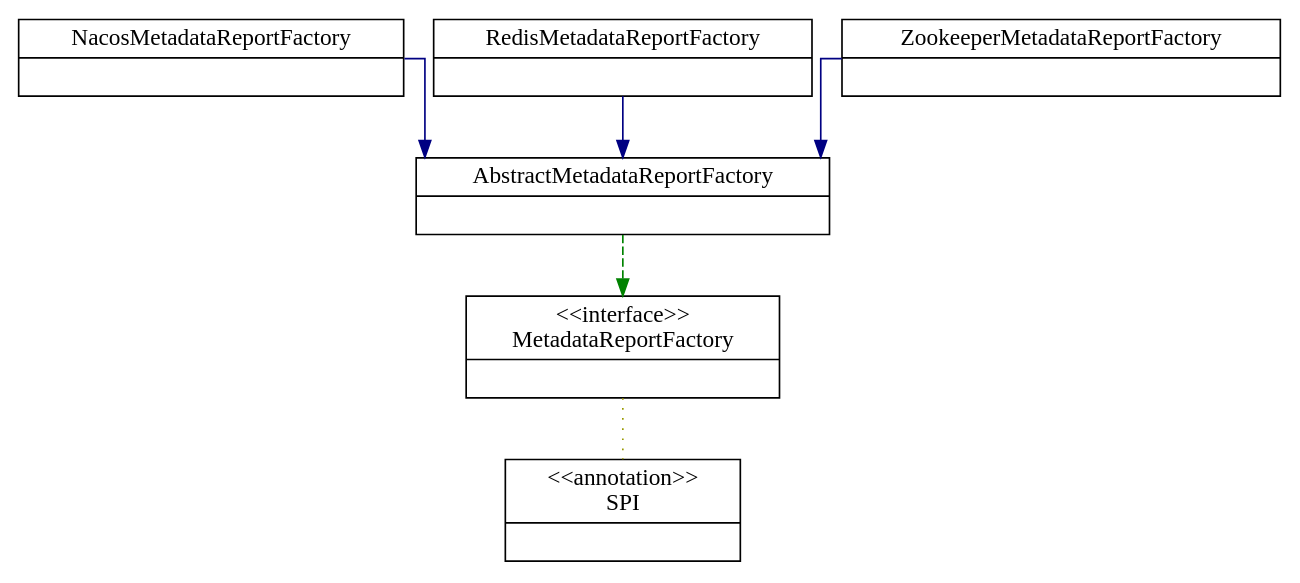
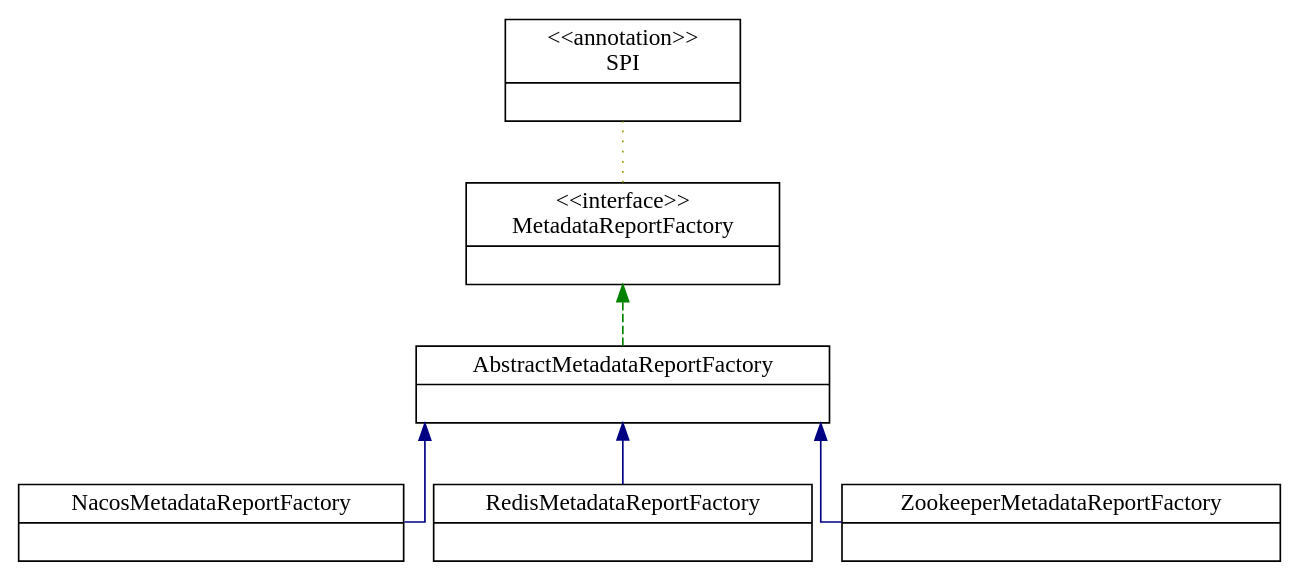
Before and after one commit to Robinpig/Note: the diagram in docs/CS/Framework/Dubbo/Metadata.md, drawn with Graphviz.

````diff
--- a/docs/CS/Framework/Dubbo/Metadata.md
+++ b/docs/CS/Framework/Dubbo/Metadata.md
@@ -255,25 +255,27 @@
 ```dot
 digraph "MetadataReportFactory" {
+
+rankdir = BT
 
 splines  = ortho;
 fontname = "Inconsolata";
 
 node [colorscheme = ylgnbu4];
 edge [colorscheme = dark28, dir = both];
 
 AbstractMetadataReportFactory  [shape = record, label = "{ AbstractMetadataReportFactory |  }"];
 MetadataReportFactory          [shape = record, label = "{ \<\<interface\>\>\nMetadataReportFactory |  }"];
 NacosMetadataReportFactory     [shape = record, label = "{ NacosMetadataReportFactory |  }"];
 RedisMetadataReportFactory     [shape = record, label = "{ RedisMetadataReportFactory |  }"];
 SPI                            [shape = record, label = "{ \<\<annotation\>\>\nSPI |  }"];
 ZookeeperMetadataReportFactory [shape = record, label = "{ ZookeeperMetadataReportFactory |  }"];
 
 AbstractMetadataReportFactory  -> MetadataReportFactory          [color = "#008200", style = dashed, arrowtail = none    , arrowhead = normal  , taillabel = "", label = "", headlabel = ""];
 MetadataReportFactory          -> SPI                            [color = "#999900", style = dotted, arrowtail = none    , arrowhead = none    , taillabel = "", label = "", headlabel = ""];
 NacosMetadataReportFactory     -> AbstractMetadataReportFactory  [color = "#000082", style = solid , arrowtail = none    , arrowhead = normal  , taillabel = "", label = "", headlabel = ""];
 RedisMetadataReportFactory     -> AbstractMetadataReportFactory  [color = "#000082", style = solid , arrowtail = none    , arrowhead = normal  , taillabel = "", label = "", headlabel = ""];
 ZookeeperMetadataReportFactory -> AbstractMetadataReportFactory  [color = "#000082", style = solid , arrowtail = none    , arrowhead = normal  , taillabel = "", label = "", headlabel = ""];
 
 }
 
 ```
````
